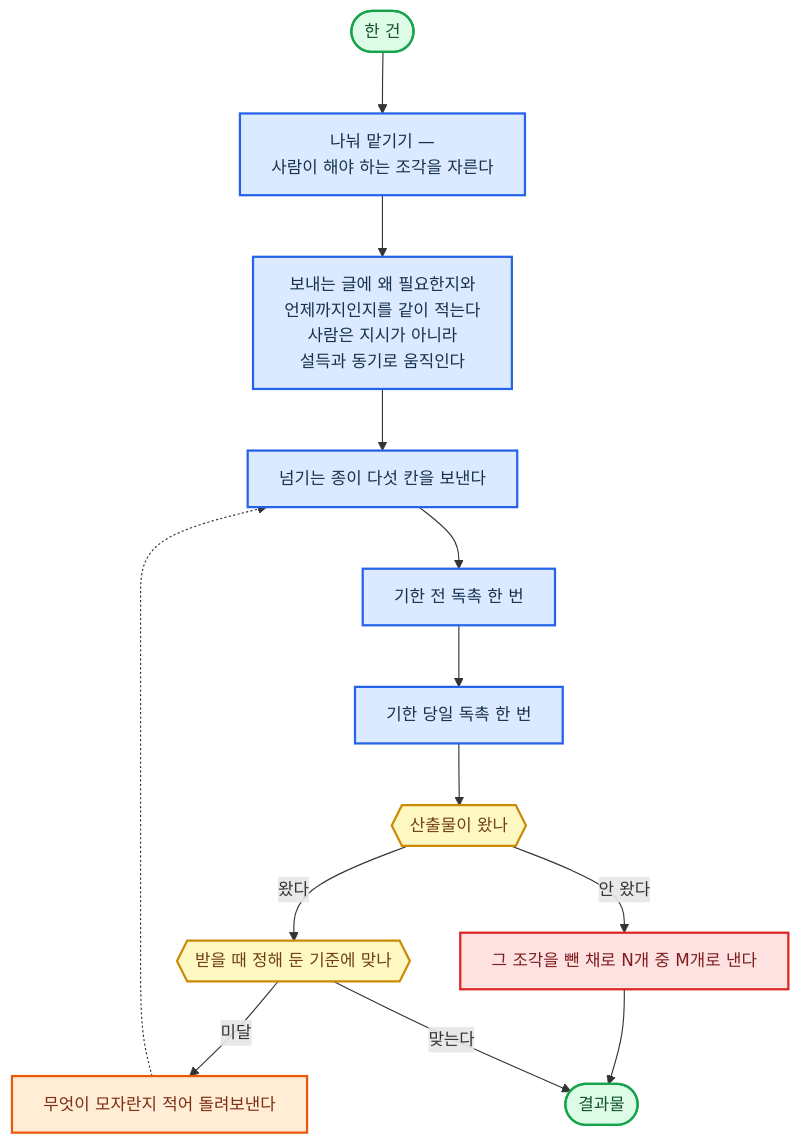
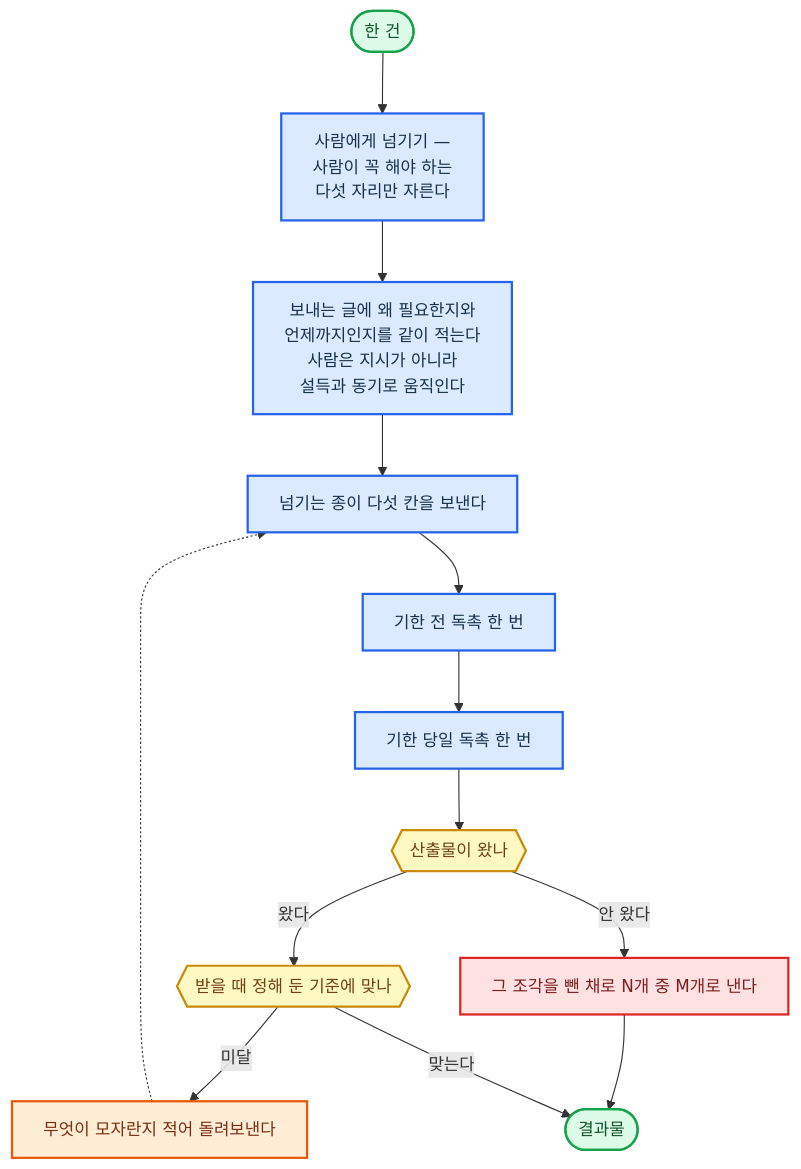
Before and after one commit to harisbaguette/expert: diagram 33 of 43 in 전문가 에이전트 정의 2.md, drawn with Mermaid. The commit also changed other lines of this file and 41 other files, not shown here.

````diff
--- a/전문가 에이전트 정의 2.md
+++ b/전문가 에이전트 정의 2.md
@@ -3627,27 +3716,27 @@
 ```mermaid
 %%{init: {"flowchart": {"wrappingWidth": 640, "curve": "basis", "nodeSpacing": 45, "rankSpacing": 55, "padding": 14, "useMaxWidth": true}, "themeVariables": {"fontSize": "15px"}} }%%
 flowchart TB
     S(["한 건"]):::good
-    CUT["나눠 맡기기 —<br/>사람이 해야 하는 조각을 자른다"]:::main
+    CUT["사람에게 넘기기 —<br/>사람이 꼭 해야 하는<br/>다섯 자리만 자른다"]:::main
     WHY["보내는 글에 왜 필요한지와<br/>언제까지인지를 같이 적는다<br/>사람은 지시가 아니라<br/>설득과 동기로 움직인다"]:::main
     SEND["넘기는 종이 다섯 칸을 보낸다"]:::main
     W1["기한 전 독촉 한 번"]:::main
     W2["기한 당일 독촉 한 번"]:::main
     GOT{{"산출물이 왔나"}}:::note
     JUDGE{{"받을 때 정해 둔 기준에 맞나"}}:::note
     BACK["무엇이 모자란지 적어 돌려보낸다"]:::back
     MISS["그 조각을 뺀 채로 N개 중 M개로 낸다"]:::stop
     OUT(["결과물"]):::good
     S --> CUT --> WHY --> SEND --> W1 --> W2 --> GOT
     GOT -- "왔다" --> JUDGE
     GOT -- "안 왔다" --> MISS --> OUT
     JUDGE -- "미달" --> BACK
     BACK -.-> SEND
     JUDGE -- "맞는다" --> OUT
     classDef main fill:#dbeafe,stroke:#2563eb,stroke-width:2px,color:#17314f
     classDef stop fill:#fee2e2,stroke:#dc2626,stroke-width:2px,color:#7f1d1d
     classDef back fill:#ffedd5,stroke:#ea580c,stroke-width:2px,color:#7c2d12
     classDef store fill:#e5e7eb,stroke:#6b7280,stroke-width:2px,color:#1f2937
     classDef good fill:#dcfce7,stroke:#16a34a,stroke-width:2px,color:#14532d
     classDef note fill:#fef9c3,stroke:#ca8a04,stroke-width:2px,color:#713f12
 ```
````
